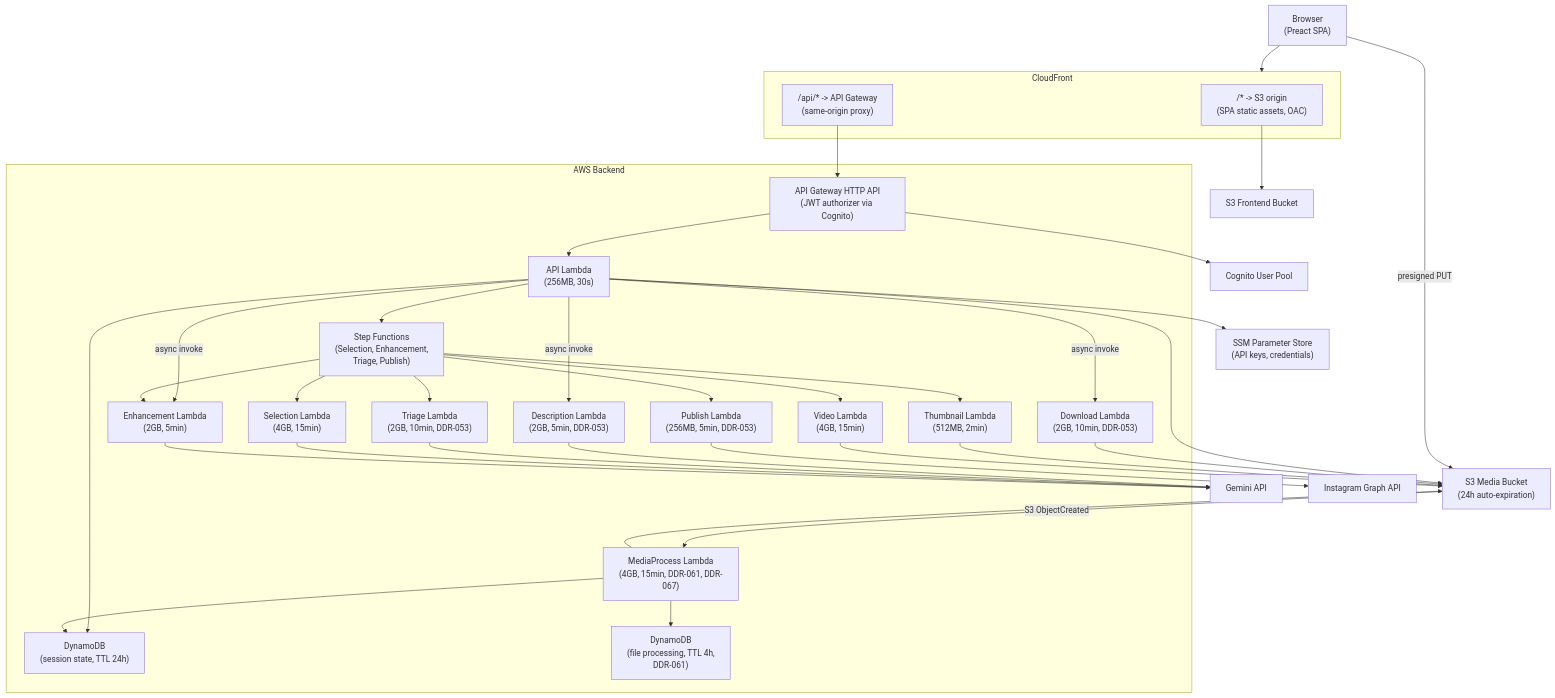
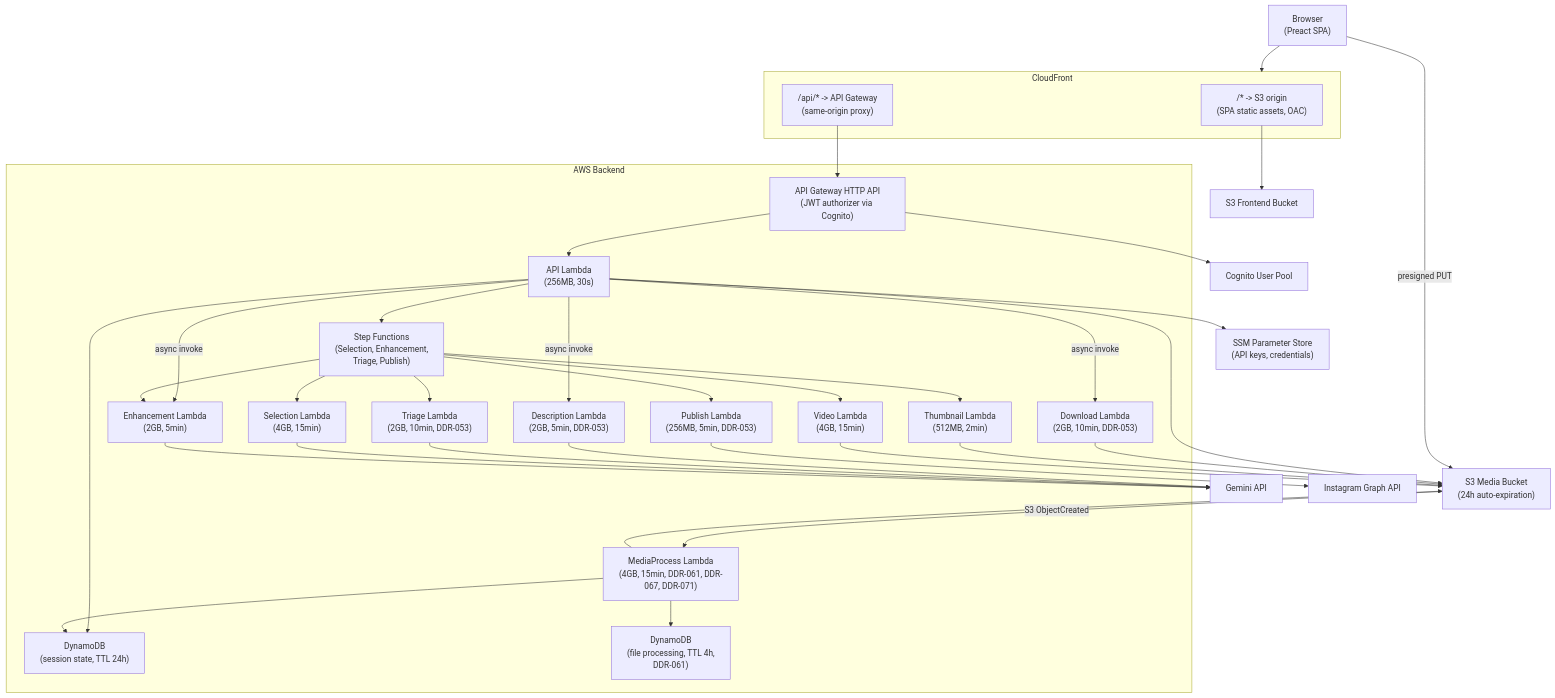
The third of 6 diagrams in docs/architecture.md (francis-pang/ai-social-media-helper), drawn with Mermaid before and after one commit. The commit also changed other lines of this file and 11 other files, not shown here.

First line of the commit message:
feat: downscale photos to WebP + set media_resolution per pipeline (DDR-071)

````diff
--- a/docs/architecture.md
+++ b/docs/architecture.md
@@ -111,65 +111,65 @@
 ```mermaid
 graph TD
     Browser["Browser\n(Preact SPA)"]
 
     subgraph cloudfront [CloudFront]
         DefaultBehavior["/* -> S3 origin\n(SPA static assets, OAC)"]
         APIBehavior["/api/* -> API Gateway\n(same-origin proxy)"]
     end
 
     subgraph aws [AWS Backend]
         APIGW["API Gateway HTTP API\n(JWT authorizer via Cognito)"]
         APILambda["API Lambda\n(256MB, 30s)"]
         TriageLambda["Triage Lambda\n(2GB, 10min, DDR-053)"]
         DescriptionLambda["Description Lambda\n(2GB, 5min, DDR-053)"]
         DownloadLambda["Download Lambda\n(2GB, 10min, DDR-053)"]
         PublishLambda["Publish Lambda\n(256MB, 5min, DDR-053)"]
         ThumbLambda["Thumbnail Lambda\n(512MB, 2min)"]
         SelectionLambda["Selection Lambda\n(4GB, 15min)"]
         EnhancementLambda["Enhancement Lambda\n(2GB, 5min)"]
         VideoLambda["Video Lambda\n(4GB, 15min)"]
-        MediaProcessLambda["MediaProcess Lambda\n(4GB, 15min, DDR-061, DDR-067)"]
+        MediaProcessLambda["MediaProcess Lambda\n(4GB, 15min, DDR-061, DDR-067, DDR-071)"]
         StepFn["Step Functions\n(Selection, Enhancement,\nTriage, Publish)"]
         DynamoDB["DynamoDB\n(session state, TTL 24h)"]
         FileProcessingDB["DynamoDB\n(file processing, TTL 4h,\nDDR-061)"]
     end
 
     S3Media["S3 Media Bucket\n(24h auto-expiration)"]
     S3Frontend["S3 Frontend Bucket"]
     GeminiAPI["Gemini API"]
     InstagramAPI["Instagram Graph API"]
     SSM["SSM Parameter Store\n(API keys, credentials)"]
     Cognito["Cognito User Pool"]
 
     Browser --> cloudfront
     DefaultBehavior --> S3Frontend
     APIBehavior --> APIGW
     APIGW --> Cognito
     APIGW --> APILambda
     APILambda --> StepFn
     APILambda -->|"async invoke"| DescriptionLambda
     APILambda -->|"async invoke"| DownloadLambda
     APILambda -->|"async invoke"| EnhancementLambda
     APILambda --> DynamoDB
     APILambda --> S3Media
     DescriptionLambda --> GeminiAPI
     DownloadLambda --> S3Media
     StepFn --> TriageLambda
     StepFn --> PublishLambda
     StepFn --> ThumbLambda
     StepFn --> SelectionLambda
     StepFn --> EnhancementLambda
     StepFn --> VideoLambda
     TriageLambda --> GeminiAPI
     PublishLambda --> InstagramAPI
     ThumbLambda --> S3Media
     SelectionLambda --> GeminiAPI
     EnhancementLambda --> GeminiAPI
     VideoLambda --> S3Media
     APILambda --> SSM
     Browser -->|"presigned PUT"| S3Media
     S3Media -->|"S3 ObjectCreated"| MediaProcessLambda
     MediaProcessLambda --> FileProcessingDB
     MediaProcessLambda --> DynamoDB
     MediaProcessLambda --> S3Media
 ```
````
